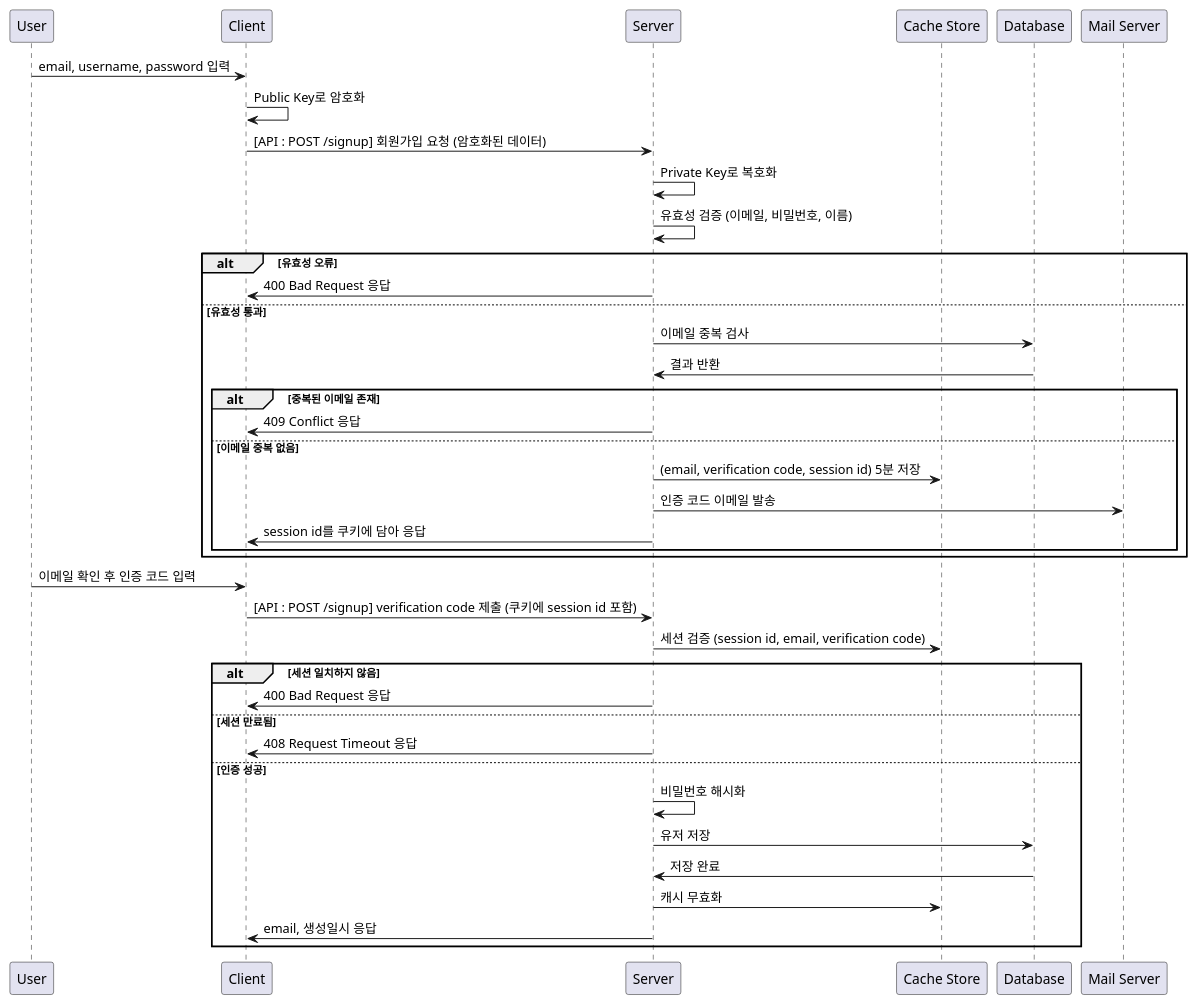
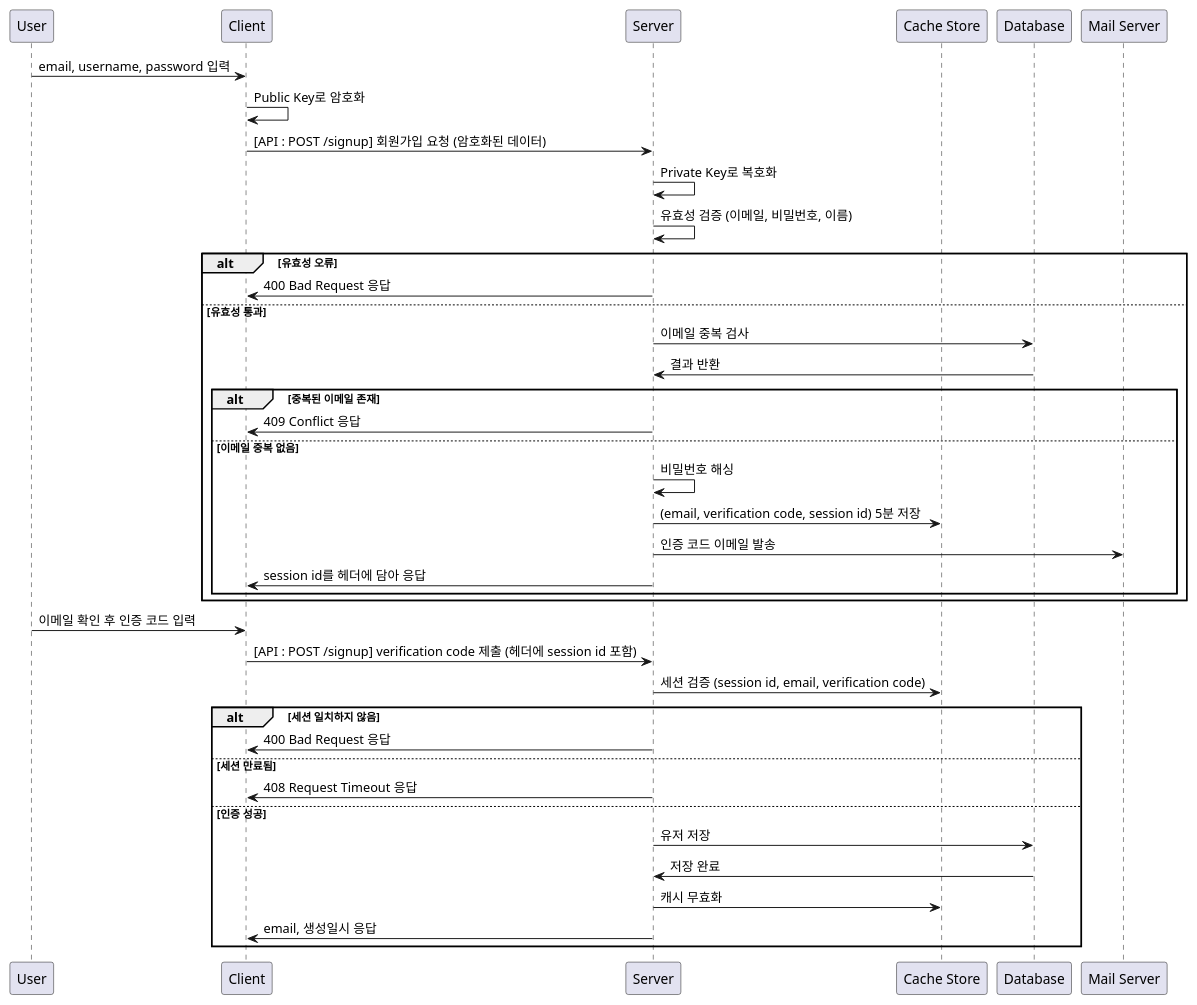
Before and after one commit to f-lab-edu/task-buddy: the diagram in files/diagrams/plantUML-signup.puml, drawn with PlantUML. The commit also changed 27 other files, not shown here.

```diff
--- a/files/diagrams/plantUML-signup.puml
+++ b/files/diagrams/plantUML-signup.puml
@@ -1,43 +1,43 @@
 @startuml
 participant User
 participant Client
 participant Server
 participant "Cache Store" as Cache
 participant "Database" as DB
 participant "Mail Server" as Mail
 
 User -> Client: email, username, password 입력
 Client -> Client: Public Key로 암호화
 Client -> Server: [API : POST /signup] 회원가입 요청 (암호화된 데이터)
 
 Server -> Server: Private Key로 복호화
 Server -> Server: 유효성 검증 (이메일, 비밀번호, 이름)
 alt 유효성 오류
 Server -> Client: 400 Bad Request 응답
 else 유효성 통과
 Server -> DB: 이메일 중복 검사
 DB -> Server: 결과 반환
 alt 중복된 이메일 존재
 Server -> Client: 409 Conflict 응답
 else 이메일 중복 없음
+Server -> Server: 비밀번호 해싱
 Server -> Cache: (email, verification code, session id) 5분 저장
 Server -> Mail: 인증 코드 이메일 발송
-Server -> Client: session id를 쿠키에 담아 응답
+Server -> Client: session id를 헤더에 담아 응답
 end
 end
 
 User -> Client: 이메일 확인 후 인증 코드 입력
-Client -> Server: [API : POST /signup] verification code 제출 (쿠키에 session id 포함)
+Client -> Server: [API : POST /signup] verification code 제출 (헤더에 session id 포함)
 Server -> Cache: 세션 검증 (session id, email, verification code)
 alt 세션 일치하지 않음
 Server -> Client: 400 Bad Request 응답
 else 세션 만료됨
 Server -> Client: 408 Request Timeout 응답
 else 인증 성공
-Server -> Server: 비밀번호 해시화
 Server -> DB: 유저 저장
 DB -> Server: 저장 완료
 Server -> Cache: 캐시 무효화
 Server -> Client: email, 생성일시 응답
 end
 @enduml
```
